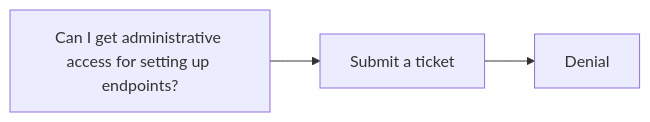
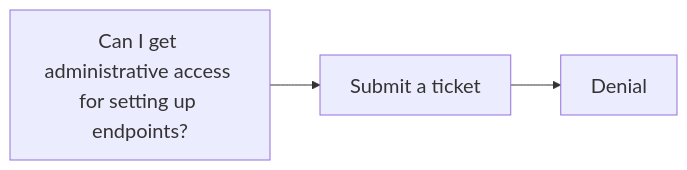
The second of 6 diagrams in slides/people/elephant.md (m3-learning/Brookhaven-national-lab-8-18-2025), drawn with Mermaid before and after one commit. The commit also changed other lines of this file, not shown here.

Commit message:
Update subproject commit and enhance elephant.md slides with consistent font size for improved readability.

````diff
--- a/slides/people/elephant.md
+++ b/slides/people/elephant.md
@@ -45,5 +46,6 @@
 ```mermaid
+%%{init: {'themeVariables': {'fontSize': '20px'}}}%%
 graph LR
     A[Can I get administrative access for setting up endpoints?] --> B[Submit a ticket]
     B --> C[Denial]
 ```
````
